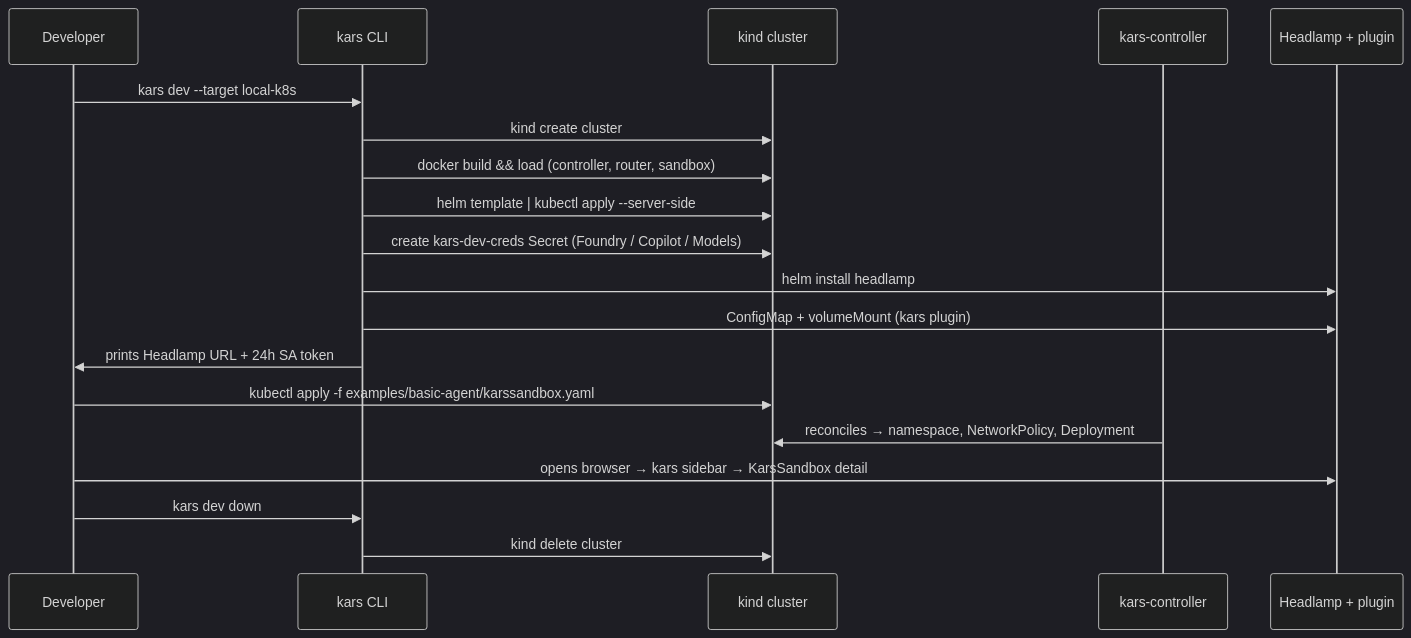
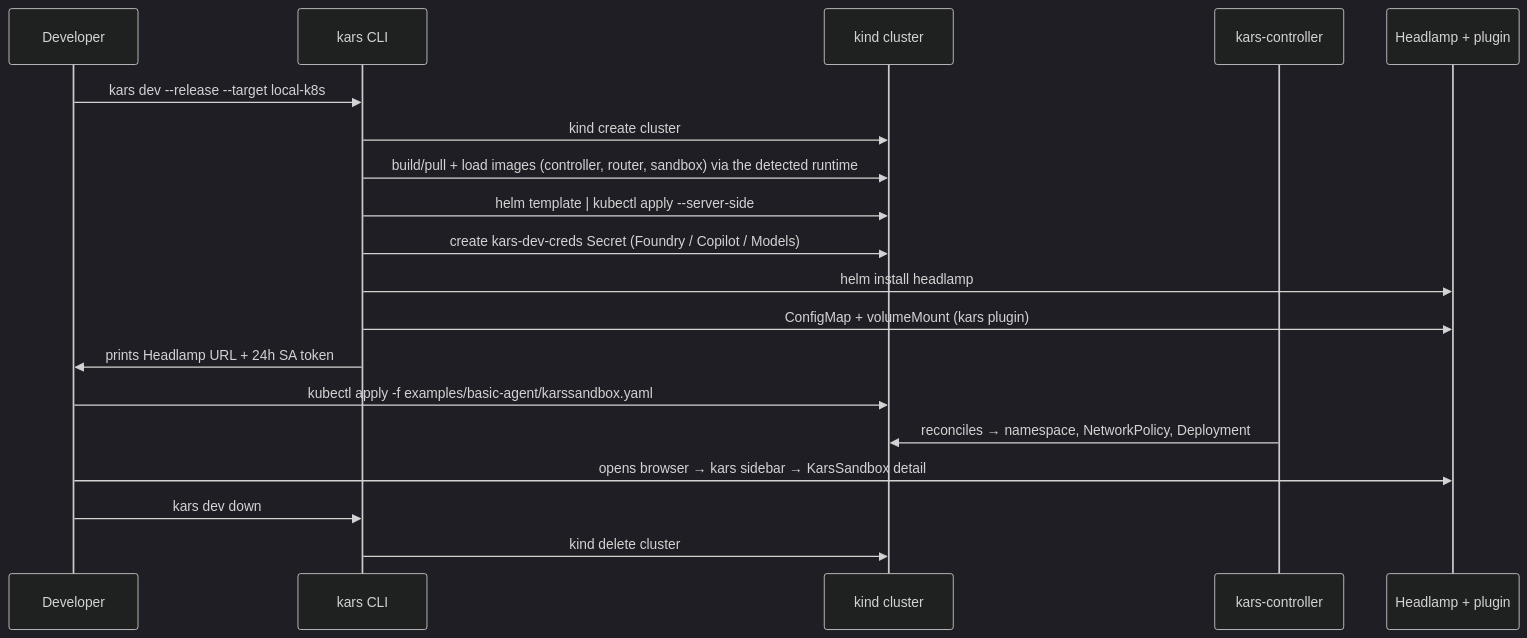
Before and after one commit to lachie83/kars: the second of 2 diagrams in docs/blueprints/02-local-k8s-dev-loop.md, drawn with Mermaid (dark theme). The commit also changed other lines of this file and 175 other files, not shown here.

````diff
--- a/docs/blueprints/02-local-k8s-dev-loop.md
+++ b/docs/blueprints/02-local-k8s-dev-loop.md
@@ -57,21 +59,21 @@
 ```mermaid
 sequenceDiagram
   participant Dev as Developer
   participant CLI as kars CLI
   participant Kind as kind cluster
   participant Ctrl as kars-controller
   participant HL as Headlamp + plugin
-  Dev->>CLI: kars dev --target local-k8s
+  Dev->>CLI: kars dev --release --target local-k8s
   CLI->>Kind: kind create cluster
-  CLI->>Kind: docker build && load (controller, router, sandbox)
+  CLI->>Kind: build/pull + load images (controller, router, sandbox) via the detected runtime
   CLI->>Kind: helm template | kubectl apply --server-side
   CLI->>Kind: create kars-dev-creds Secret (Foundry / Copilot / Models)
   CLI->>HL: helm install headlamp
   CLI->>HL: ConfigMap + volumeMount (kars plugin)
   CLI->>Dev: prints Headlamp URL + 24h SA token
   Dev->>Kind: kubectl apply -f examples/basic-agent/karssandbox.yaml
   Ctrl->>Kind: reconciles → namespace, NetworkPolicy, Deployment
   Dev->>HL: opens browser → kars sidebar → KarsSandbox detail
   Dev->>CLI: kars dev down
   CLI->>Kind: kind delete cluster
 ```
````
